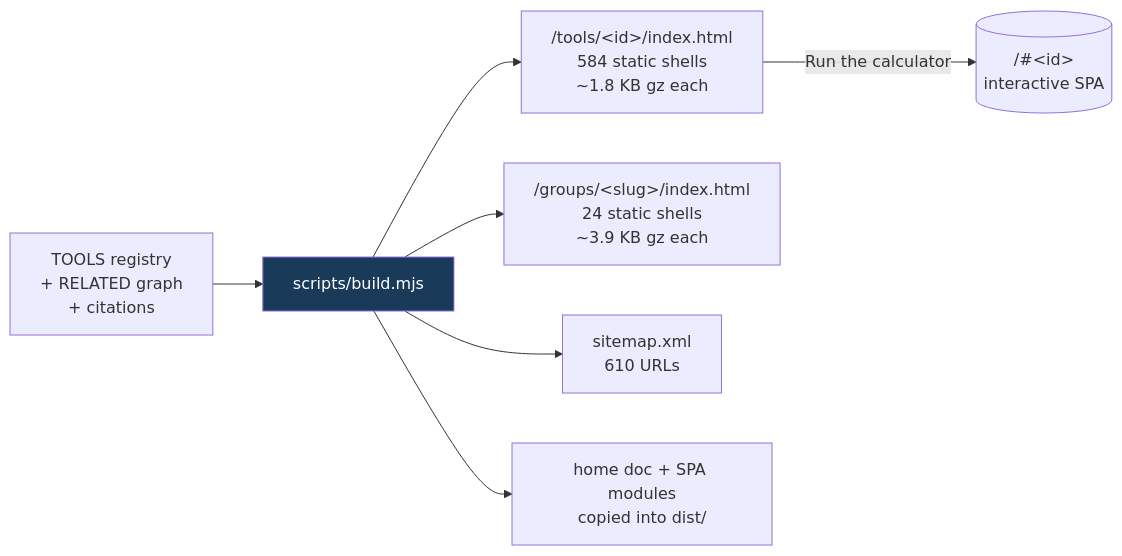
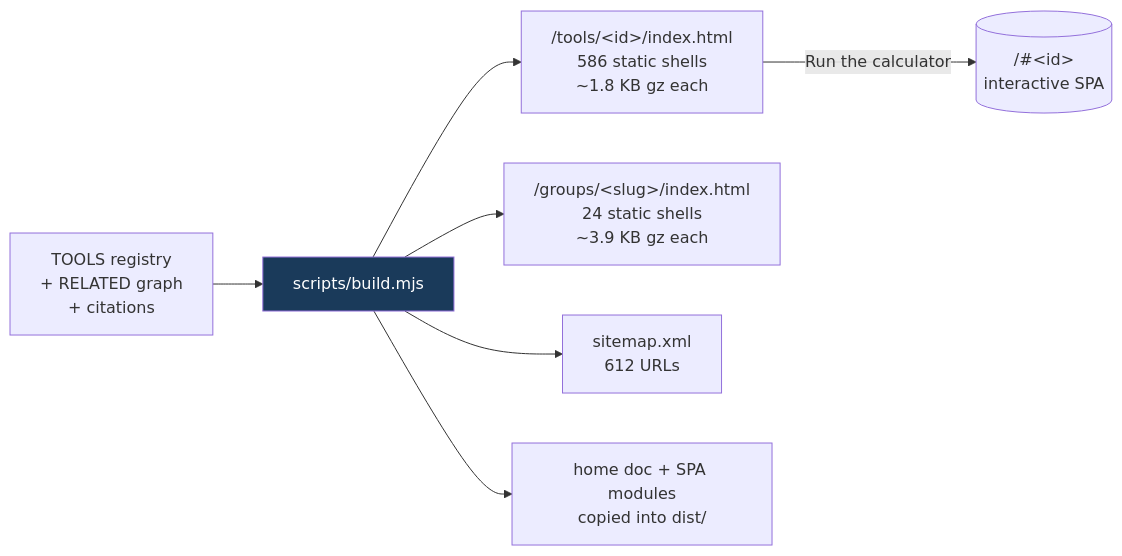
One commit to clay-good/roughlogic.com changed the fifth of 8 diagrams in README.md. Above: the diagram before and after it, drawn with Mermaid. The commit also changed other lines of this file and 28 other files, not shown here.

````diff
--- a/README.md
+++ b/README.md
@@ -354,10 +356,10 @@
 ```mermaid
 flowchart LR
     SRC[TOOLS registry\n+ RELATED graph\n+ citations] --> BUILD[scripts/build.mjs]
-    BUILD --> TILE["/tools/&lt;id&gt;/index.html\n584 static shells\n~1.8 KB gz each"]
+    BUILD --> TILE["/tools/&lt;id&gt;/index.html\n586 static shells\n~1.8 KB gz each"]
     BUILD --> GROUP["/groups/&lt;slug&gt;/index.html\n24 static shells\n~3.9 KB gz each"]
-    BUILD --> MAP["sitemap.xml\n610 URLs"]
+    BUILD --> MAP["sitemap.xml\n612 URLs"]
     BUILD --> COPY[home doc + SPA modules\ncopied into dist/]
     TILE -->|Run the calculator| SPA[("/#&lt;id&gt;\ninteractive SPA")]
     style BUILD fill:#1a3a5a,color:#fff
 ```
````
